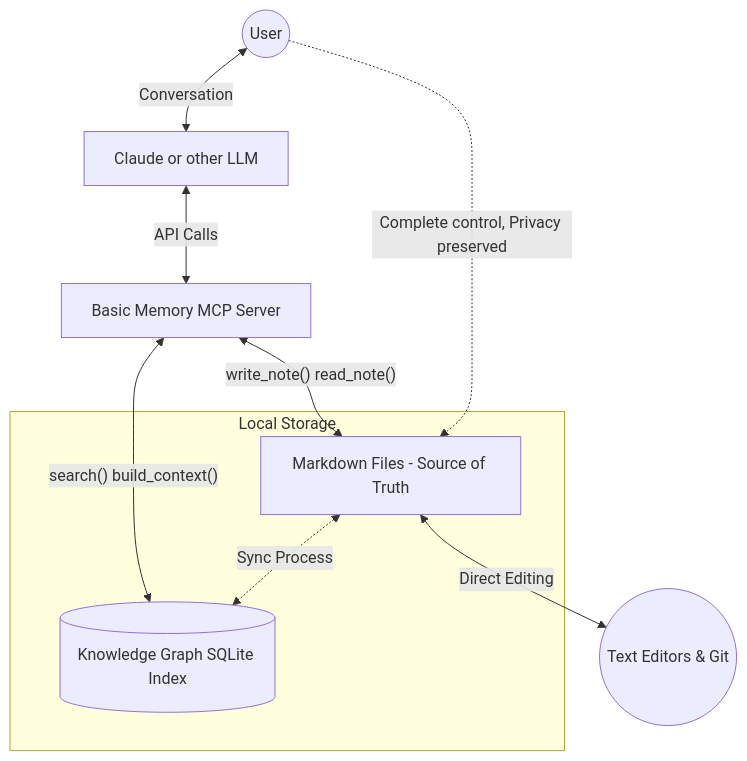
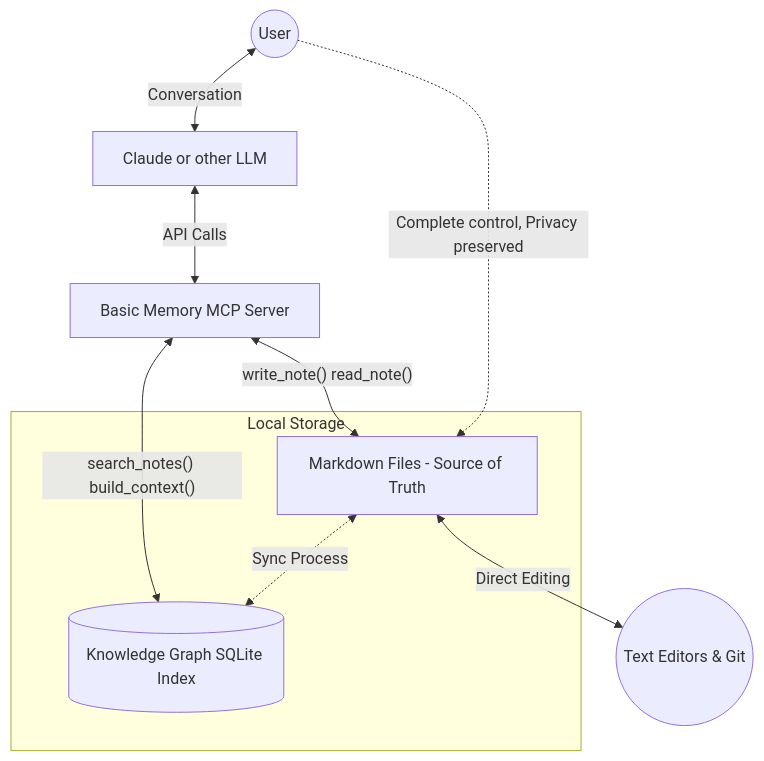
The diagram in docs/Technical Information.md (pchaganti/gx-basic-memory), drawn with Mermaid before and after one commit. The commit also changed 14 other files, not shown here.

Commit message:
feat: rename search tool to search_notes (#66)

````diff
--- a/docs/Technical Information.md
+++ b/docs/Technical Information.md
@@ -188,24 +188,24 @@
 ```mermaid
 flowchart TD
     User((User)) <--> |Conversation| Claude["Claude or other LLM"]
     Claude <-->|API Calls| BMCP["Basic Memory MCP Server"]
     
     subgraph "Local Storage"
         KnowledgeFiles["Markdown Files - Source of Truth"]
         KnowledgeIndex[(Knowledge Graph SQLite Index)]
     end
     
     BMCP <-->|"write_note() read_note()"| KnowledgeFiles
-    BMCP <-->|"search() build_context()"| KnowledgeIndex
+    BMCP <-->|"search_notes() build_context()"| KnowledgeIndex
     KnowledgeFiles <-.->|Sync Process| KnowledgeIndex
     KnowledgeFiles <-->|Direct Editing| Editors((Text Editors & Git))
     
     User -.->|"Complete control, Privacy preserved"| KnowledgeFiles
     
     
     class Claude primary
     class BMCP secondary
     class KnowledgeFiles tertiary
     class KnowledgeIndex quaternary
     class User,Editors user`;
 ```
````
